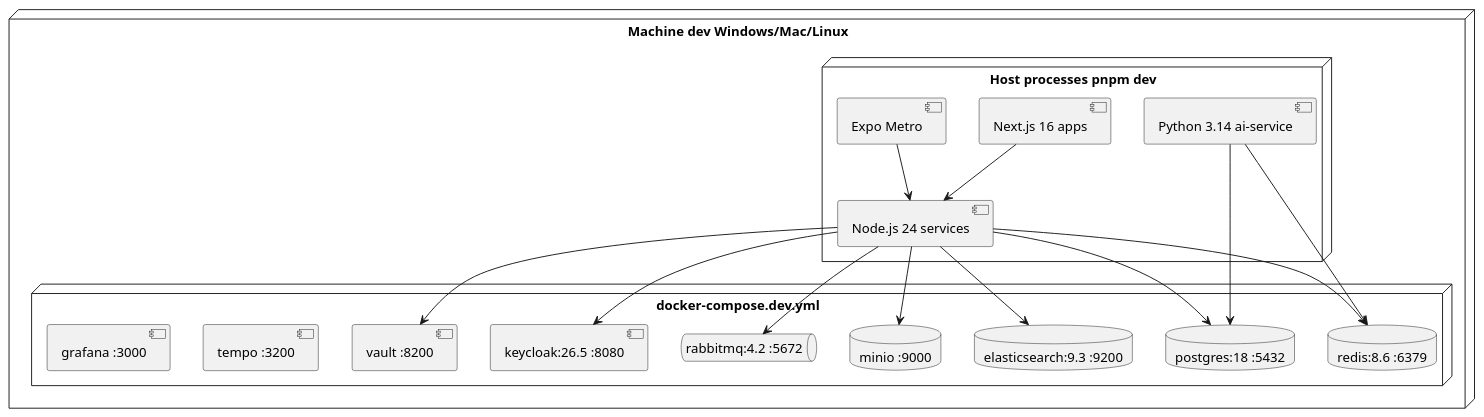
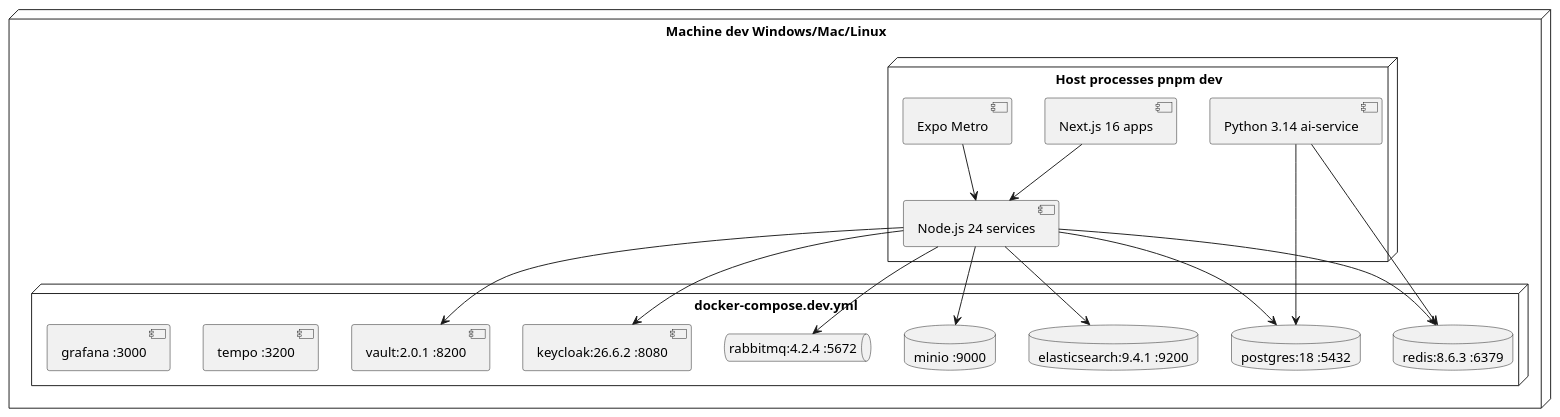
One commit to TheManInPink/Session-Ete-2026 changed the ninth of 40 diagrams in docs/diagrams/99-DIAGRAMMES-PLANTUML.md. Above: the diagram before and after it, drawn with PlantUML. The commit also changed 12 other files, not shown here.

````diff
--- a/docs/diagrams/99-DIAGRAMMES-PLANTUML.md
+++ b/docs/diagrams/99-DIAGRAMMES-PLANTUML.md
@@ -649,35 +649,35 @@
 ```plantuml
 @startuml
 node "Machine dev Windows/Mac/Linux" as laptop {
   node "docker-compose.dev.yml" as dc {
     database "postgres:18 :5432" as pg
-    database "redis:8.6 :6379" as rds
-    database "elasticsearch:9.3 :9200" as els
+    database "redis:8.6.3 :6379" as rds
+    database "elasticsearch:9.4.1 :9200" as els
     database "minio :9000" as minio
-    queue "rabbitmq:4.2 :5672" as mq
-    component "keycloak:26.5 :8080" as kc
-    component "vault :8200" as vlt
+    queue "rabbitmq:4.2.4 :5672" as mq
+    component "keycloak:26.6.2 :8080" as kc
+    component "vault:2.0.1 :8200" as vlt
     component "tempo :3200" as tempo
     component "grafana :3000" as graf
   }
   node "Host processes pnpm dev" as host {
     component "Node.js 24 services" as ns
     component "Python 3.14 ai-service" as py
     component "Next.js 16 apps" as nx
     component "Expo Metro" as ex
   }
 }
 
 ns --> pg
 ns --> rds
 ns --> els
 ns --> minio
 ns --> mq
 ns --> kc
 ns --> vlt
 py --> pg
 py --> rds
 nx --> ns
 ex --> ns
 @enduml
 ```
````
